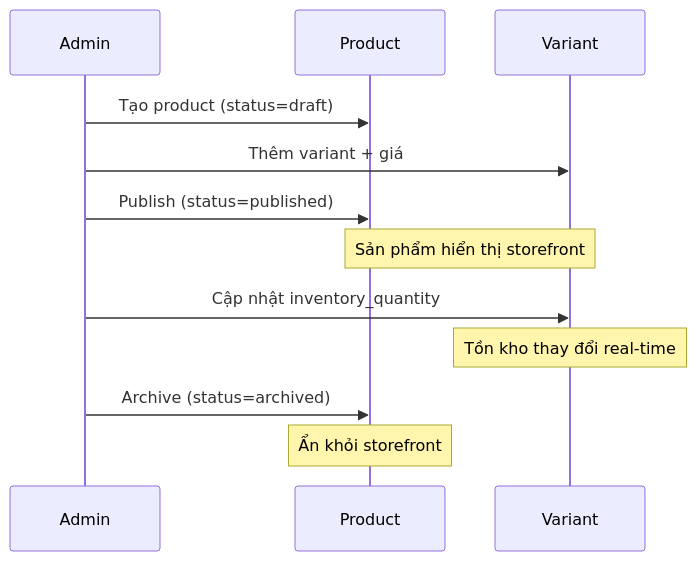
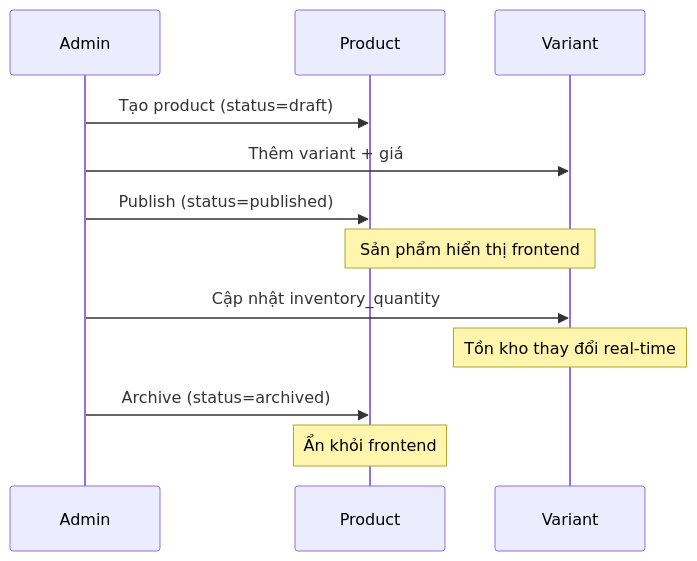
One commit to pathust/mong.fruitboxz changed the third of 4 diagrams in docs/02-products/status-machine.md. Above: the diagram before and after it, drawn with Mermaid. The commit also changed other lines of this file and 234 other files, not shown here.

Commit message:
chore: remove review feature and rename storefront to frontend

````diff
--- a/docs/02-products/status-machine.md
+++ b/docs/02-products/status-machine.md
@@ -60,17 +60,17 @@
 ```mermaid
 sequenceDiagram
     participant ADM as Admin
     participant PROD as Product
     participant VAR as Variant
 
     ADM->>PROD: Tạo product (status=draft)
     ADM->>VAR: Thêm variant + giá
     ADM->>PROD: Publish (status=published)
-    Note over PROD,VAR: Sản phẩm hiển thị storefront
+    Note over PROD,VAR: Sản phẩm hiển thị frontend
 
     ADM->>VAR: Cập nhật inventory_quantity
     Note over VAR: Tồn kho thay đổi real-time
 
     ADM->>PROD: Archive (status=archived)
-    Note over PROD: Ẩn khỏi storefront
+    Note over PROD: Ẩn khỏi frontend
 ```
````
